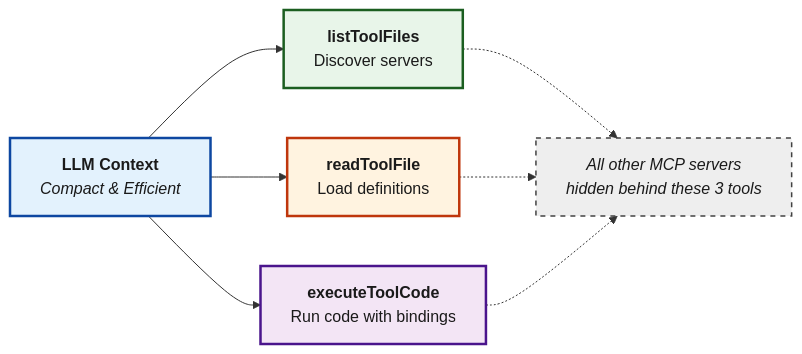
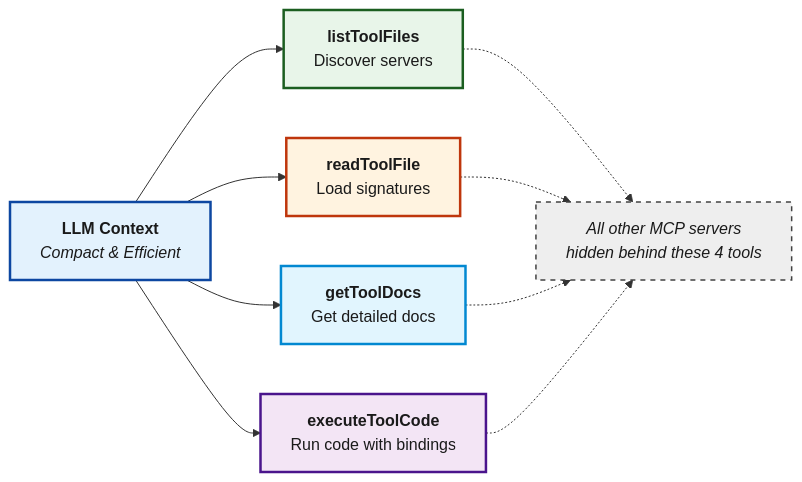
One commit to sammcj/bifrost changed the first of 2 diagrams in docs/mcp/code-mode.mdx. Above: the diagram before and after it, drawn with Mermaid. The commit also changed other lines of this file and 46 other files, not shown here.

````diff
--- a/docs/mcp/code-mode.mdx
+++ b/docs/mcp/code-mode.mdx
@@ -64,24 +65,28 @@
 ```mermaid
 graph LR
     LLM["<b>LLM Context</b><br/><i>Compact & Efficient</i>"]
 
     List["<b>listToolFiles</b><br/>Discover servers"]
-    Read["<b>readToolFile</b><br/>Load definitions"]
+    Read["<b>readToolFile</b><br/>Load signatures"]
+    Docs["<b>getToolDocs</b><br/>Get detailed docs"]
     Execute["<b>executeToolCode</b><br/>Run code with bindings"]
 
-    Hidden["<i>All other MCP servers<br/>hidden behind these 3 tools</i>"]
+    Hidden["<i>All other MCP servers<br/>hidden behind these 4 tools</i>"]
 
     LLM --> List
     LLM --> Read
+    LLM --> Docs
     LLM --> Execute
 
     List -.-> Hidden
     Read -.-> Hidden
+    Docs -.-> Hidden
     Execute -.-> Hidden
 
     style LLM fill:#E3F2FD,stroke:#0D47A1,stroke-width:2.5px,color:#1A1A1A
     style List fill:#E8F5E9,stroke:#1B5E20,stroke-width:2.5px,color:#1A1A1A
     style Read fill:#FFF3E0,stroke:#BF360C,stroke-width:2.5px,color:#1A1A1A
+    style Docs fill:#E1F5FE,stroke:#0288D1,stroke-width:2.5px,color:#1A1A1A
     style Execute fill:#F3E5F5,stroke:#4A148C,stroke-width:2.5px,color:#1A1A1A
     style Hidden fill:#EEEEEE,stroke:#424242,stroke-width:1.5px,stroke-dasharray: 5 5,color:#1A1A1A
 ```
````
